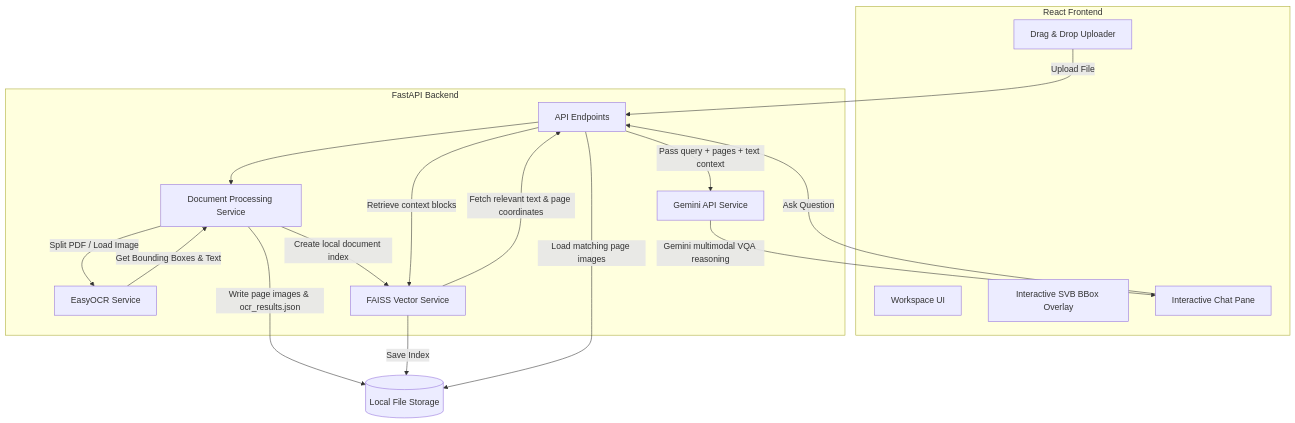
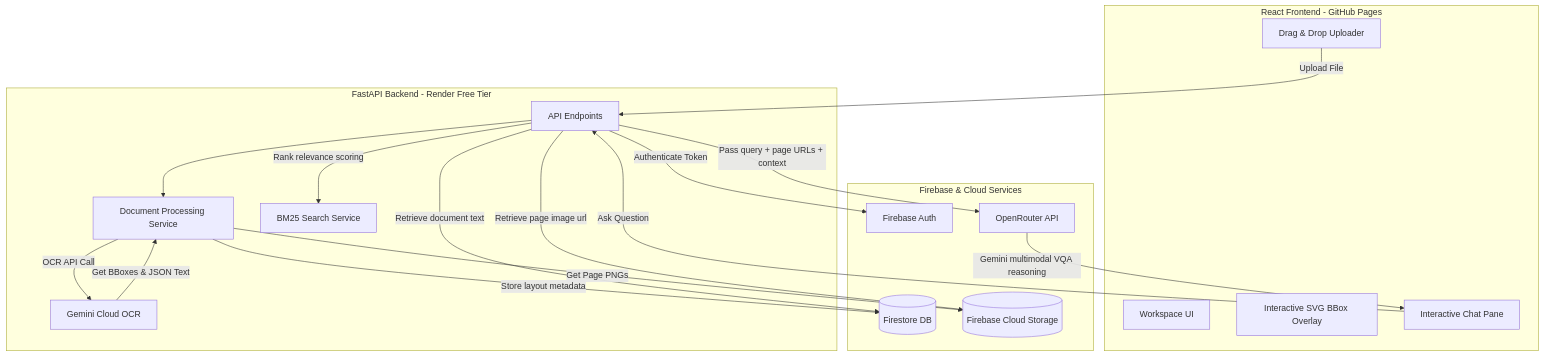
Before and after one commit to Harishankar00/Multimodal-Retrieval-Augmented-Generation: the diagram in README.md, drawn with Mermaid. The commit also changed other lines of this file and 1 other file, not shown here.

Commit message:
refactor: optimize architecture for cloud deployment by replacing local AI/OCR dependencies with Firebase and BM25 ranker

````diff
--- a/README.md
+++ b/README.md
@@ -9,32 +33,38 @@
 ```mermaid
 flowchart TD
-    subgraph Client [React Frontend]
+    subgraph Client [React Frontend - GitHub Pages]
         UI[Workspace UI]
         Uploader[Drag & Drop Uploader]
-        Viewer[Interactive SVB BBox Overlay]
+        Viewer[Interactive SVG BBox Overlay]
         Chat[Interactive Chat Pane]
     end
 
-    subgraph Server [FastAPI Backend]
+    subgraph Cloud [Firebase & Cloud Services]
+        Auth[Firebase Auth]
+        Firestore[(Firestore DB)]
+        Storage[(Firebase Cloud Storage)]
+        LLM[OpenRouter API]
+    end
+
+    subgraph Server [FastAPI Backend - Render Free Tier]
         API[API Endpoints]
         DocSvc[Document Processing Service]
-        OCRSvc[EasyOCR Service]
-        VdbSvc[FAISS Vector Service]
-        LLMSvc[Gemini API Service]
+        OCRSvc[Gemini Cloud OCR]
+        Ranker[BM25 Search Service]
     end
 
     Uploader -->|Upload File| API
     API --> DocSvc
-    DocSvc -->|Split PDF / Load Image| OCRSvc
-    OCRSvc -->|Get Bounding Boxes & Text| DocSvc
-    DocSvc -->|Write page images & ocr_results.json| LocalDisk[(Local File Storage)]
-    DocSvc -->|Create local document index| VdbSvc
-    VdbSvc -->|Save Index| LocalDisk
+    DocSvc -->|Get Page PNGs| Storage
+    DocSvc -->|OCR API Call| OCRSvc
+    OCRSvc -->|Get BBoxes & JSON Text| DocSvc
+    DocSvc -->|Store layout metadata| Firestore
     
     Chat -->|Ask Question| API
-    API -->|Retrieve context blocks| VdbSvc
-    VdbSvc -->|Fetch relevant text & page coordinates| API
-    API -->|Load matching page images| LocalDisk
-    API -->|Pass query + pages + text context| LLMSvc
-    LLMSvc -->|Gemini multimodal VQA reasoning| Chat
+    API -->|Authenticate Token| Auth
+    API -->|Retrieve document text| Firestore
+    API -->|Rank relevance scoring| Ranker
+    API -->|Retrieve page image url| Storage
+    API -->|Pass query + page URLs + context| LLM
+    LLM -->|Gemini multimodal VQA reasoning| Chat
 ```
````
